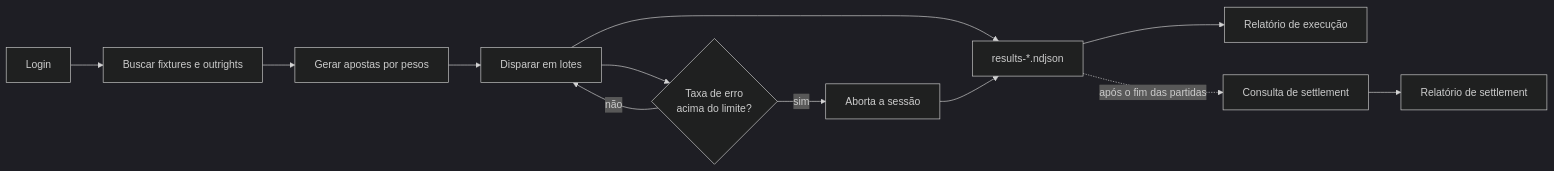
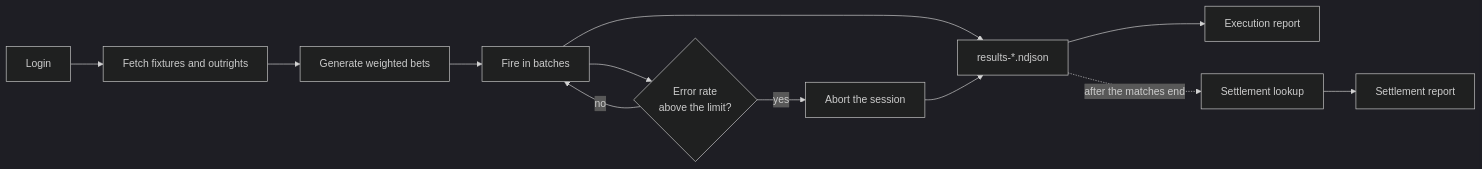
One commit to ricardho/volumetria-sportsbook-api changed the diagram in README.md. Above: the diagram before and after it, drawn with Mermaid (dark theme). The commit also changed other lines of this file and 1 other file, not shown here.

````diff
--- a/README.md
+++ b/README.md
@@ -43,14 +44,14 @@
 ```mermaid
 flowchart LR
-    A[Login] --> B[Buscar fixtures e outrights]
-    B --> C[Gerar apostas por pesos]
-    C --> D[Disparar em lotes]
-    D --> E{Taxa de erro<br/>acima do limite?}
-    E -- sim --> F[Aborta a sessão]
-    E -- não --> D
+    A[Login] --> B[Fetch fixtures and outrights]
+    B --> C[Generate weighted bets]
+    C --> D[Fire in batches]
+    D --> E{Error rate<br/>above the limit?}
+    E -- yes --> F[Abort the session]
+    E -- no --> D
     D --> G[results-*.ndjson]
     F --> G
-    G --> H[Relatório de execução]
-    G -. após o fim das partidas .-> I[Consulta de settlement]
-    I --> J[Relatório de settlement]
+    G --> H[Execution report]
+    G -. after the matches end .-> I[Settlement lookup]
+    I --> J[Settlement report]
 ```
````
